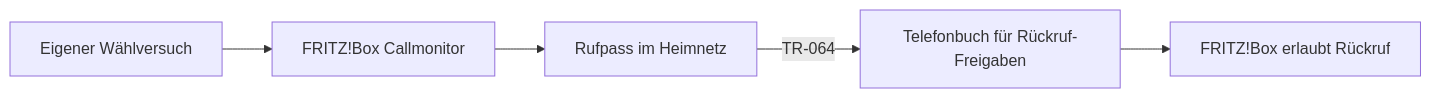
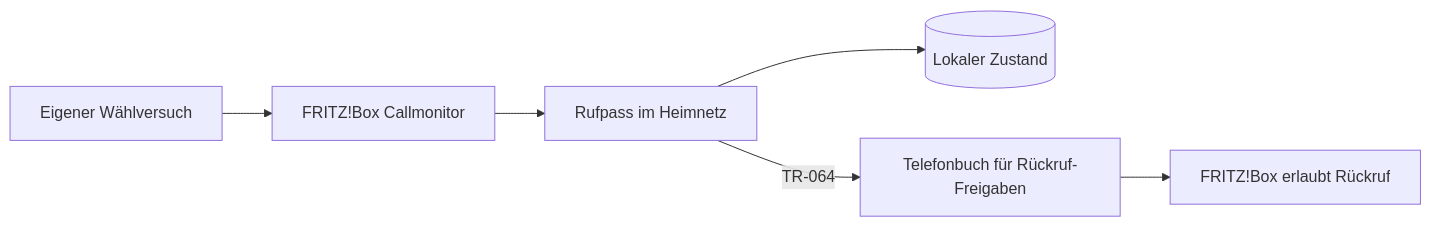
One commit to maxglas/Rufpass changed the diagram in README.md. Above: the diagram before and after it, drawn with Mermaid. The commit also changed other lines of this file and 17 other files, not shown here.

````diff
--- a/README.md
+++ b/README.md
@@ -44,7 +51,8 @@
 ```mermaid
 flowchart LR
     A[Eigener Wählversuch] --> B[FRITZ!Box Callmonitor]
     B --> C[Rufpass im Heimnetz]
+    C --> S[(Lokaler Zustand)]
     C -->|TR-064| D[Telefonbuch für Rückruf-Freigaben]
     D --> E[FRITZ!Box erlaubt Rückruf]
 ```
````
